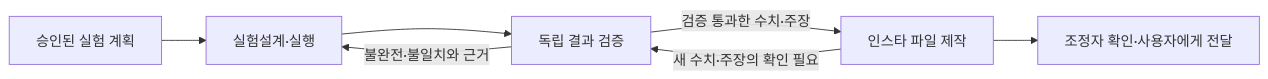
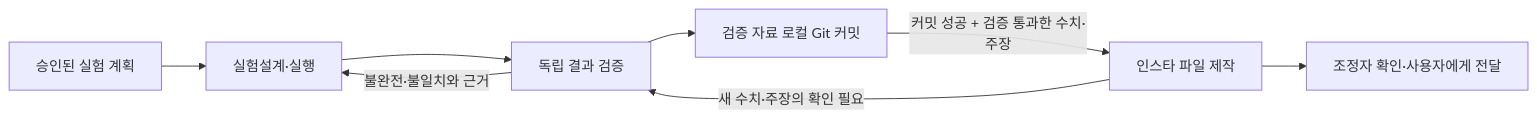
One commit to eat-toast/autonomous-rl-lab changed the diagram in docs/agent_workflow.md. Above: the diagram before and after it, drawn with Mermaid. The commit also changed other lines of this file and 9 other files, not shown here.

````diff
--- a/docs/agent_workflow.md
+++ b/docs/agent_workflow.md
@@ -23,9 +23,10 @@
 ```mermaid
 flowchart LR
     P[승인된 실험 계획] --> E[실험설계·실행]
     E --> R[독립 결과 검증]
-    R -->|검증 통과한 수치·주장| I[인스타 파일 제작]
+    R --> G[검증 자료 로컬 Git 커밋]
+    G -->|커밋 성공 + 검증 통과한 수치·주장| I[인스타 파일 제작]
     R -->|불완전·불일치와 근거| E
     I -->|새 수치·주장의 확인 필요| R
     I --> C[조정자 확인·사용자에게 전달]
 ```
````
